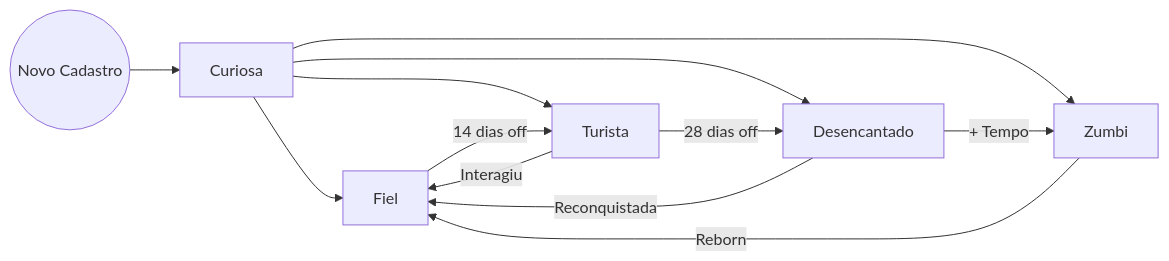
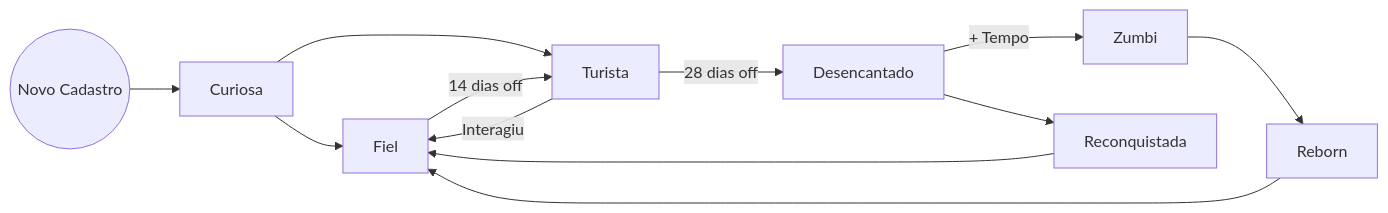
One commit to NiveskZ/loyalty-predict changed the diagram in README.md. Above: the diagram before and after it, drawn with Mermaid. The commit also changed other lines of this file and 1 other file, not shown here.

Commit message:
Frequência e Valor

````diff
--- a/README.md
+++ b/README.md
@@ -136,21 +136,21 @@
 ```mermaid 
 graph LR
     %% Entrada
     Inicio((Novo Cadastro)) --> Curiosa
     Curiosa --> Fiel
     Curiosa --> Turista
-    Curiosa --> Desencantado
-    Curiosa --> Zumbi
 
     %% O Ciclo de Oscilação (O dia a dia)
     Fiel -->|14 dias off| Turista
     Turista -->|Interagiu| Fiel
 
     %% O Caminho do Churn
     Turista -->|28 dias off| Desencantado
     Desencantado -->|+ Tempo| Zumbi
 
     %% O Ciclo de Retorno (Reativação)
-    Desencantado -->|Reconquistada| Fiel
-    Zumbi -->|Reborn| Fiel
+    Desencantado --> Reconquistada
+    Reconquistada --> Fiel
+    Zumbi --> Reborn
+    Reborn --> Fiel
 ```
````
